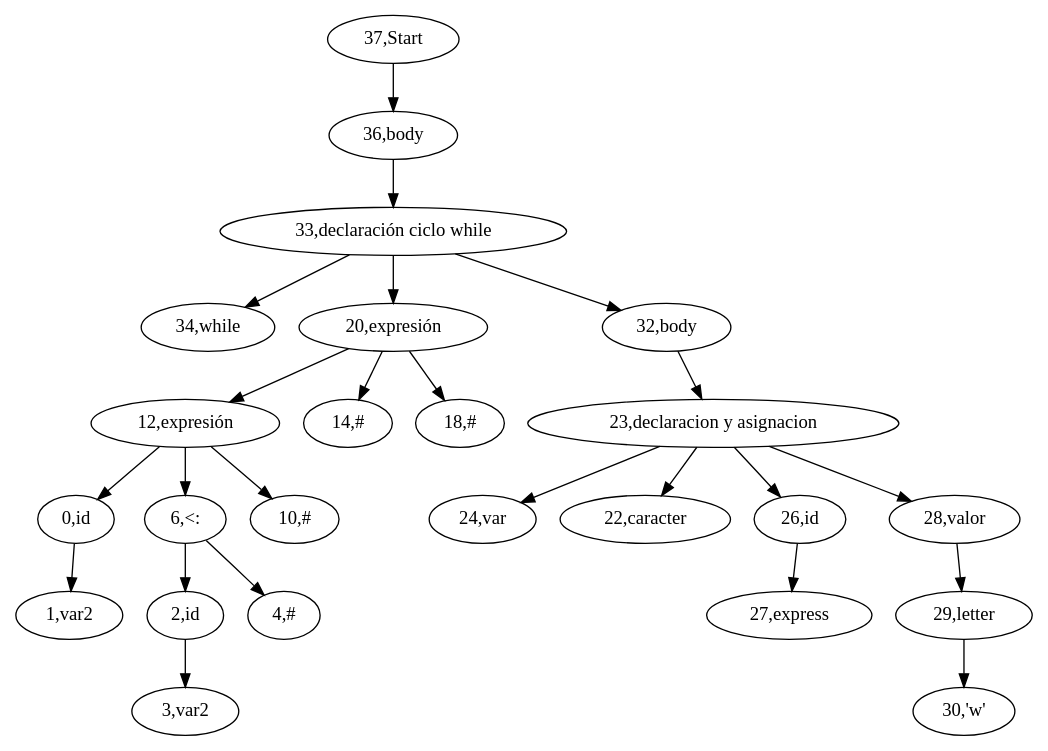
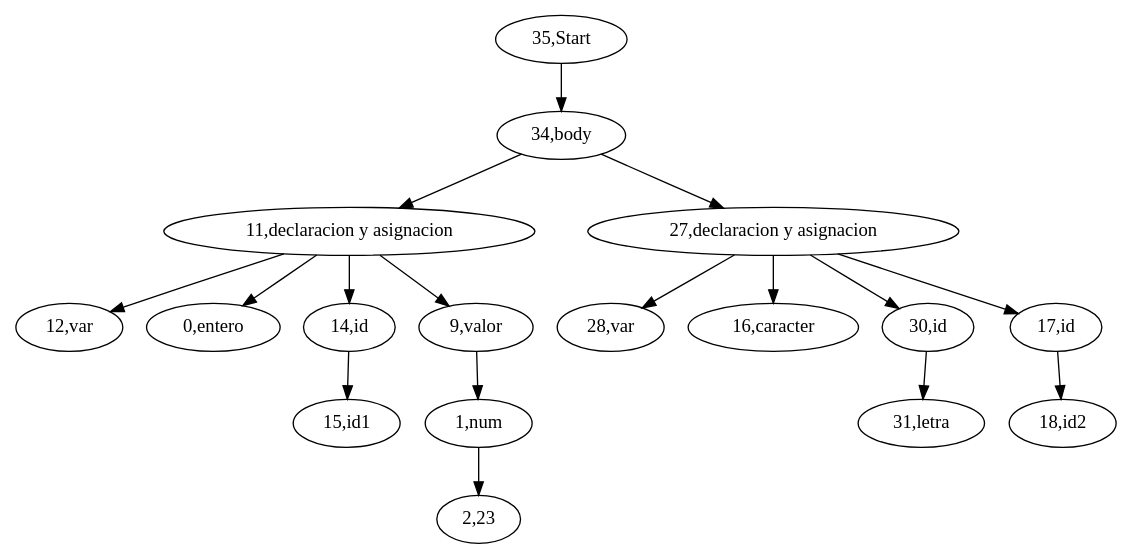
One commit to mata889/Compilacion_Proyect changed the diagram in src/AST/AST.dot. Above: the diagram before and after it, drawn with Graphviz. The commit also changed 6 other files, not shown here.

```diff
--- a/src/AST/AST.dot
+++ b/src/AST/AST.dot
@@ -1,26 +1,19 @@
 digraph {
-"37,Start" -> "36,body";
-"36,body" -> "33,declaración ciclo while";
-"33,declaración ciclo while" -> "34,while";
-"33,declaración ciclo while" -> "20,expresión";
-"20,expresión" -> "12,expresión";
-"12,expresión" -> "0,id";
-"0,id" -> "1,var2";
-"12,expresión" -> "6,<:";
-"6,<:" -> "2,id";
-"2,id" -> "3,var2";
-"6,<:" -> "4,#";
-"12,expresión" -> "10,#";
-"20,expresión" -> "14,#";
-"20,expresión" -> "18,#";
-"33,declaración ciclo while" -> "32,body";
-"32,body" -> "23,declaracion y asignacion";
-"23,declaracion y asignacion" -> "24,var";
-"23,declaracion y asignacion" -> "22,caracter";
-"23,declaracion y asignacion" -> "26,id";
-"26,id" -> "27,express";
-"23,declaracion y asignacion" -> "28,valor";
-"28,valor" -> "29,letter";
-"29,letter" -> "30,'w'";
+"35,Start" -> "34,body";
+"34,body" -> "11,declaracion y asignacion";
+"11,declaracion y asignacion" -> "12,var";
+"11,declaracion y asignacion" -> "0,entero";
+"11,declaracion y asignacion" -> "14,id";
+"14,id" -> "15,id1";
+"11,declaracion y asignacion" -> "9,valor";
+"9,valor" -> "1,num";
+"1,num" -> "2,23";
+"34,body" -> "27,declaracion y asignacion";
+"27,declaracion y asignacion" -> "28,var";
+"27,declaracion y asignacion" -> "16,caracter";
+"27,declaracion y asignacion" -> "30,id";
+"30,id" -> "31,letra";
+"27,declaracion y asignacion" -> "17,id";
+"17,id" -> "18,id2";
 
 }
```
